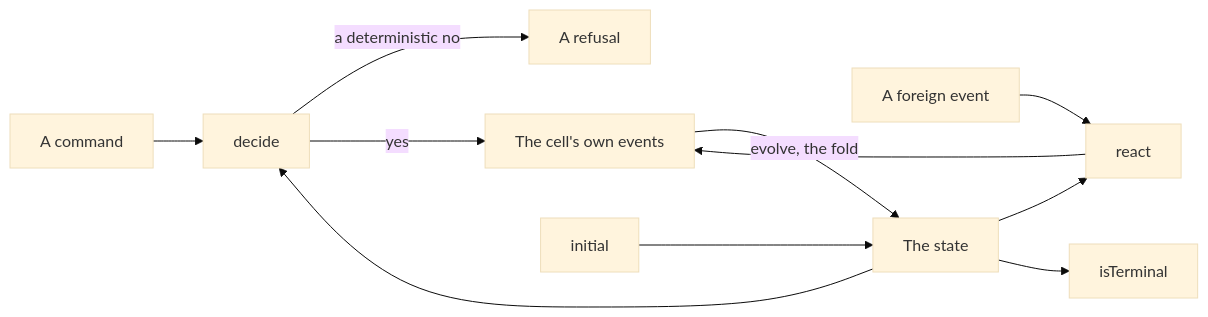
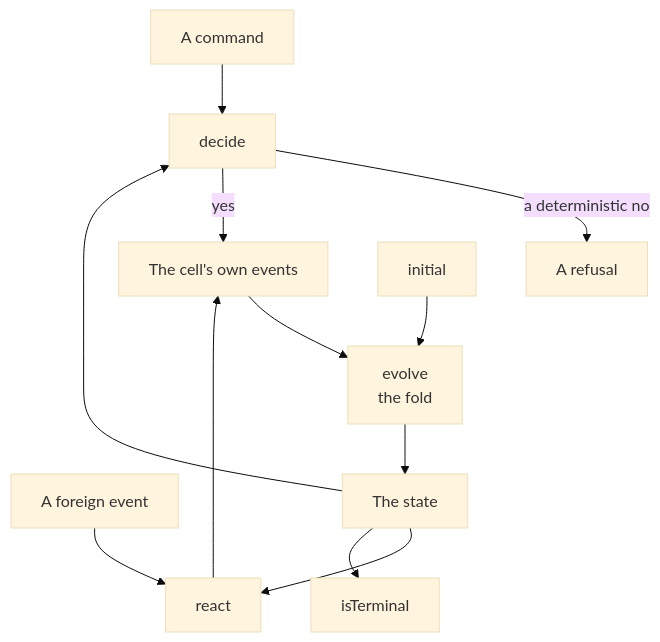
The first of 2 diagrams in docs/the-calculus.md (matthew-bram/cell-architecture-calculus), drawn with Mermaid (base theme) before and after one commit. The commit also changed other lines of this file and 1 other file, not shown here.

````diff
--- a/docs/the-calculus.md
+++ b/docs/the-calculus.md
@@ -94,13 +96,14 @@
 ```mermaid
-flowchart LR
+flowchart TB
     C["A command"] --> D["decide"]
     F["A foreign event"] --> R["react"]
-    S["The state"] --> D
-    S --> R
     D -->|a deterministic no| N["A refusal"]
     D -->|yes| E["The cell's own events"]
     R --> E
-    E -->|evolve, the fold| S
-    I["initial"] --> S
+    E --> V["evolve<br/>the fold"]
+    I["initial"] --> V
+    V --> S["The state"]
+    S --> D
+    S --> R
     S --> T["isTerminal"]
 ```
````
